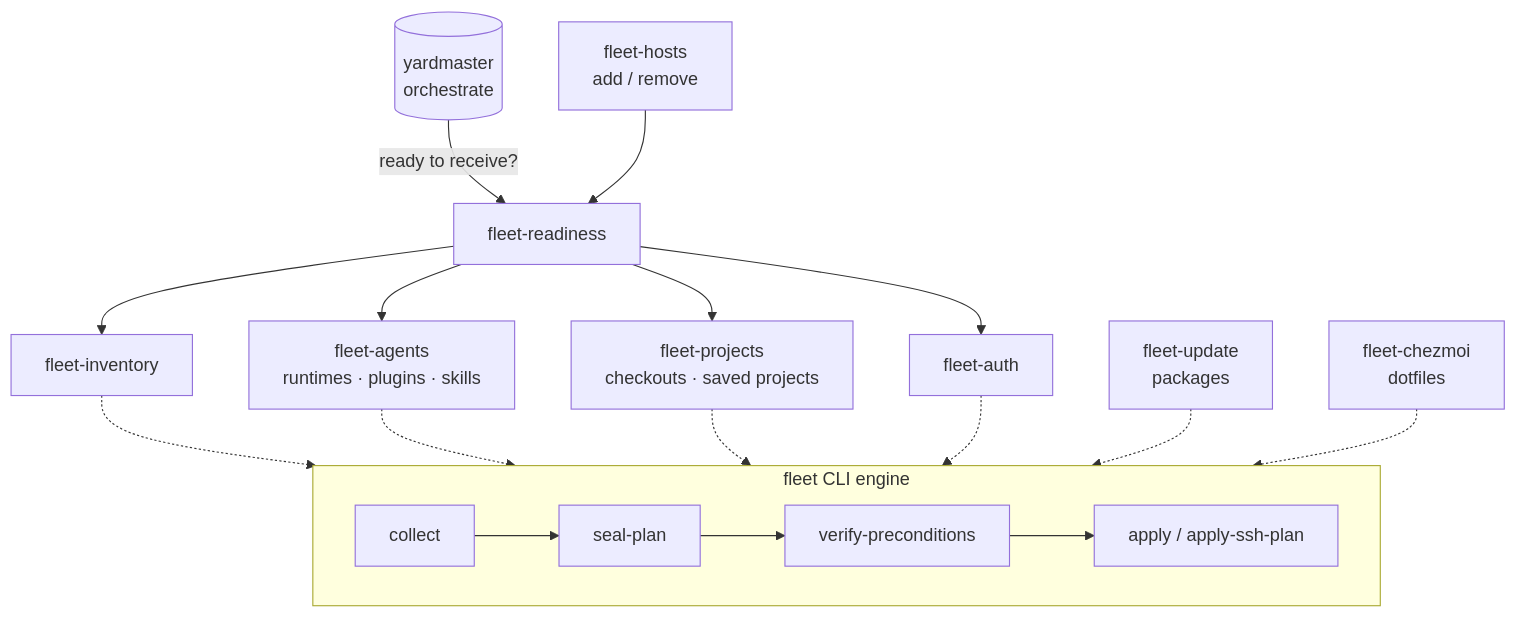
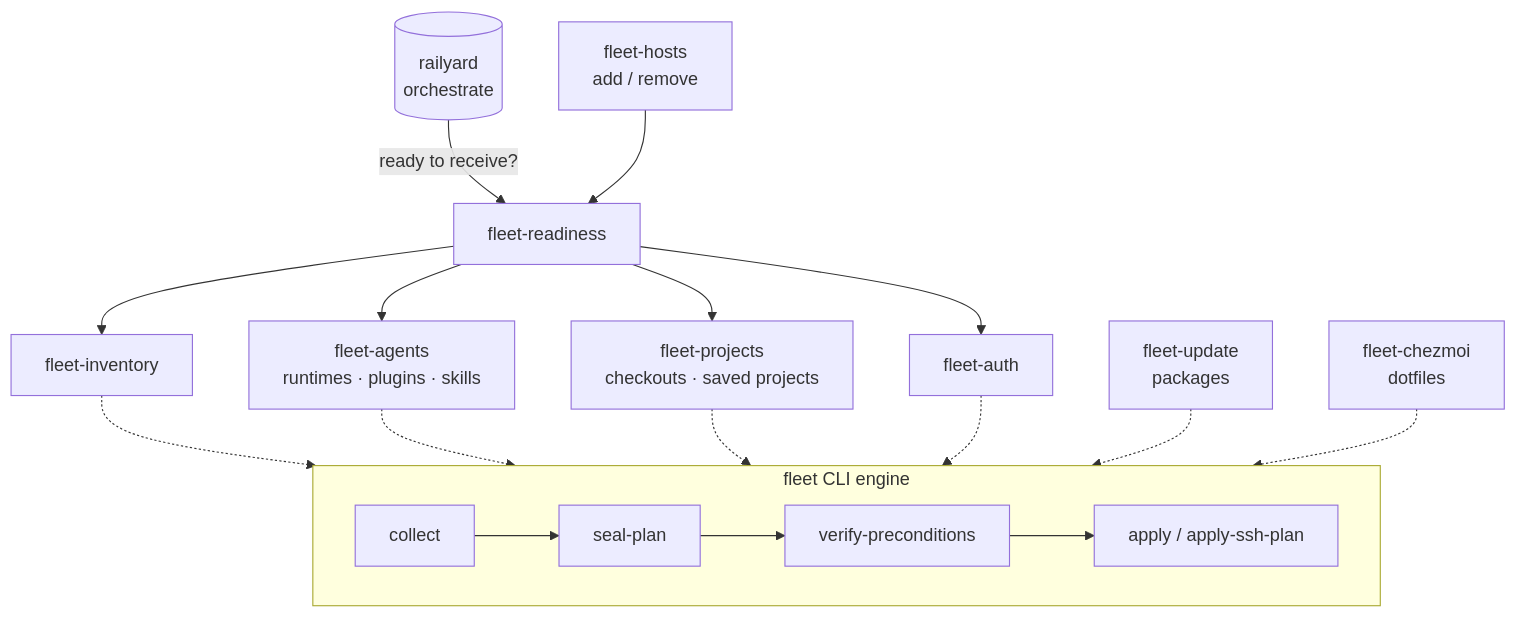
The first of 2 diagrams in docs/guide.md (novotnyllc/roundhouse), drawn with Mermaid before and after one commit. The commit also changed other lines of this file and 18 other files, not shown here.

````diff
--- a/docs/guide.md
+++ b/docs/guide.md
@@ -28,15 +28,15 @@
 ```mermaid
 flowchart TD
-    Y[(yardmaster<br/>orchestrate)] -->|"ready to receive?"| FR[fleet-readiness]
+    Y[(railyard<br/>orchestrate)] -->|"ready to receive?"| FR[fleet-readiness]
     FR --> FI[fleet-inventory]
     FR --> FA[fleet-agents<br/>runtimes · plugins · skills]
     FR --> FP[fleet-projects<br/>checkouts · saved projects]
     FR --> FAU[fleet-auth]
     FH[fleet-hosts<br/>add / remove] --> FR
     subgraph engine [fleet CLI engine]
         C[collect] --> S[seal-plan] --> V[verify-preconditions] --> A[apply / apply-ssh-plan]
     end
     FI & FA & FP & FAU -.-> engine
     FU[fleet-update<br/>packages] -.-> engine
     FC[fleet-chezmoi<br/>dotfiles] -.-> engine
 ```
````
